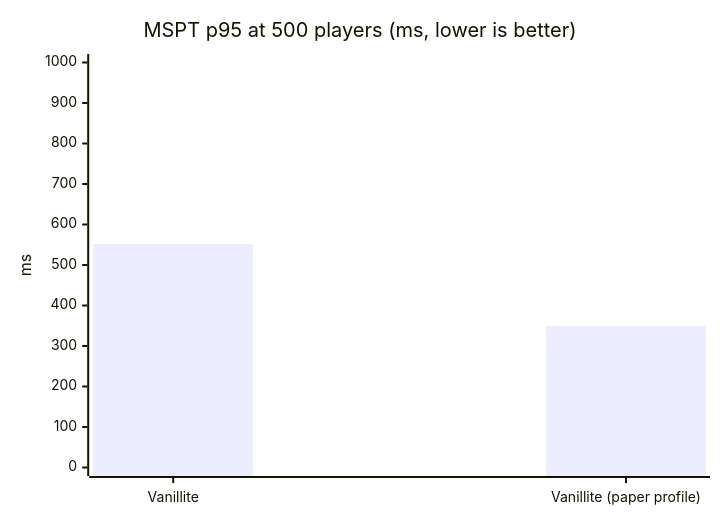
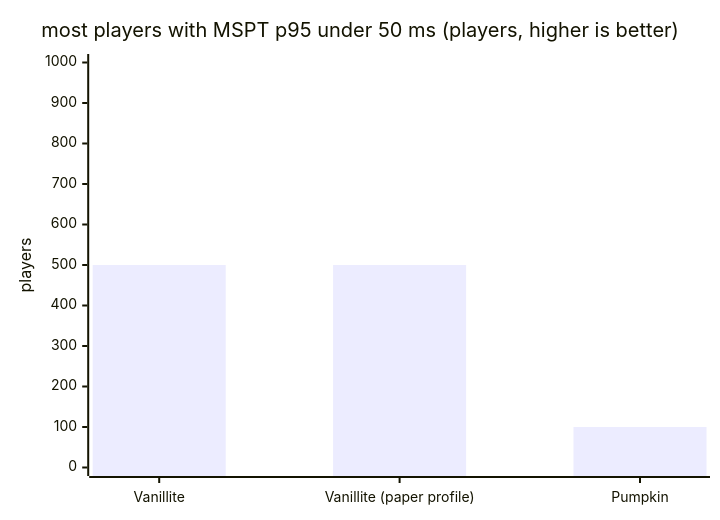
Diagram 14 of 15 in benchmarks/README.md (hthoene/Vanillite), drawn with Mermaid before and after one commit. The commit also changed other lines of this file and 6 other files, not shown here.

````diff
--- a/benchmarks/README.md
+++ b/benchmarks/README.md
@@ -384,7 +513,7 @@
 ```mermaid
 xychart-beta
-    title "MSPT p95 at 500 players (ms, lower is better)"
-    x-axis ["Vanillite", "Vanillite (paper profile)"]
-    y-axis "ms" 0 --> 1000
-    bar [552, 349]
+    title "most players with MSPT p95 under 50 ms (players, higher is better)"
+    x-axis ["Vanillite", "Vanillite (paper profile)", "Pumpkin"]
+    y-axis "players" 0 --> 1000
+    bar [500, 500, 100]
 ```
````
